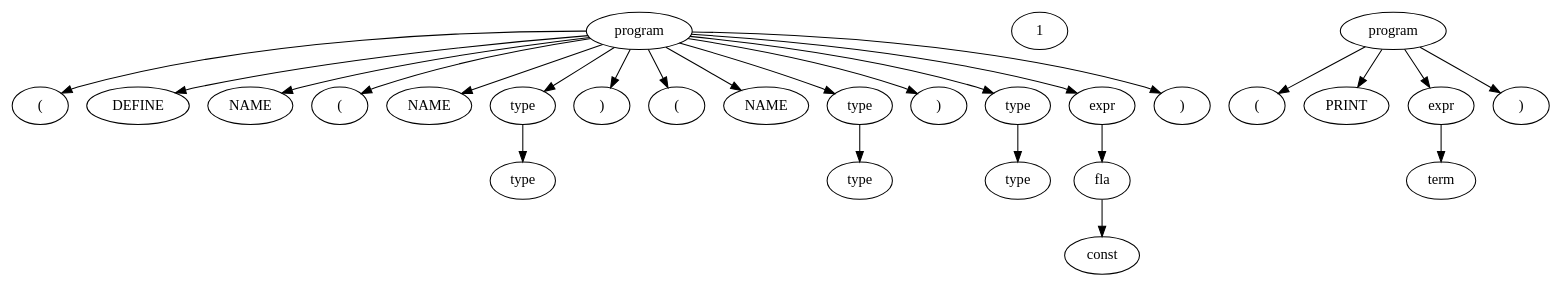
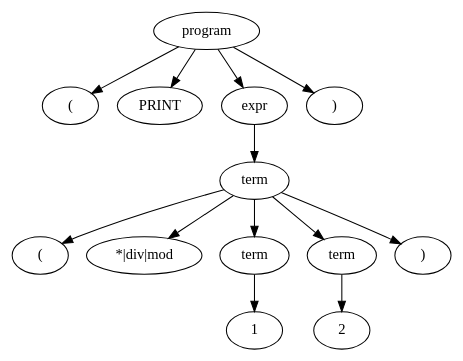
Before and after one commit to fa21i/cop5621: the diagram in parse_tree.dot, drawn with Graphviz. The commit also changed 6 other files, not shown here.

```diff
--- a/parse_tree.dot
+++ b/parse_tree.dot
@@ -1,53 +1,27 @@
 digraph print {
-1 [label=type ordering="out"]
-2 [label=type ordering="out"]
-3 [label=type ordering="out"]
-4 [label=const ordering="out"]
-5 [label=fla ordering="out"]
-5 -> 4
-6 [label=1 ordering="out"]
-7 [label=term ordering="out"]
-8 [label="(" ordering="out"]
-9 [label=PRINT ordering="out"]
-10 [label=expr ordering="out"]
-10 -> 7
-11 [label=")" ordering="out"]
-12 [label=program ordering="out"]
-12 -> 8
-12 -> 9
-12 -> 10
-12 -> 11
-13 [label="(" ordering="out"]
-14 [label=DEFINE ordering="out"]
-15 [label=NAME ordering="out"]
-16 [label="(" ordering="out"]
-17 [label=NAME ordering="out"]
-18 [label=type ordering="out"]
-18 -> 1
-19 [label=")" ordering="out"]
-20 [label="(" ordering="out"]
-21 [label=NAME ordering="out"]
-22 [label=type ordering="out"]
-22 -> 2
-23 [label=")" ordering="out"]
-24 [label=type ordering="out"]
-24 -> 3
-25 [label=expr ordering="out"]
-25 -> 5
-26 [label=")" ordering="out"]
-27 [label=program ordering="out"]
-27 -> 13
-27 -> 14
-27 -> 15
-27 -> 16
-27 -> 17
-27 -> 18
-27 -> 19
-27 -> 20
-27 -> 21
-27 -> 22
-27 -> 23
-27 -> 24
-27 -> 25
-27 -> 26
+1 [label=1 ordering="out"]
+2 [label=2 ordering="out"]
+3 [label="(" ordering="out"]
+4 [label="*|div|mod" ordering="out"]
+5 [label=term ordering="out"]
+5 -> 1
+6 [label=term ordering="out"]
+6 -> 2
+7 [label=")" ordering="out"]
+8 [label=term ordering="out"]
+8 -> 3
+8 -> 4
+8 -> 5
+8 -> 6
+8 -> 7
+9 [label="(" ordering="out"]
+10 [label=PRINT ordering="out"]
+11 [label=expr ordering="out"]
+11 -> 8
+12 [label=")" ordering="out"]
+13 [label=program ordering="out"]
+13 -> 9
+13 -> 10
+13 -> 11
+13 -> 12
 }
```
